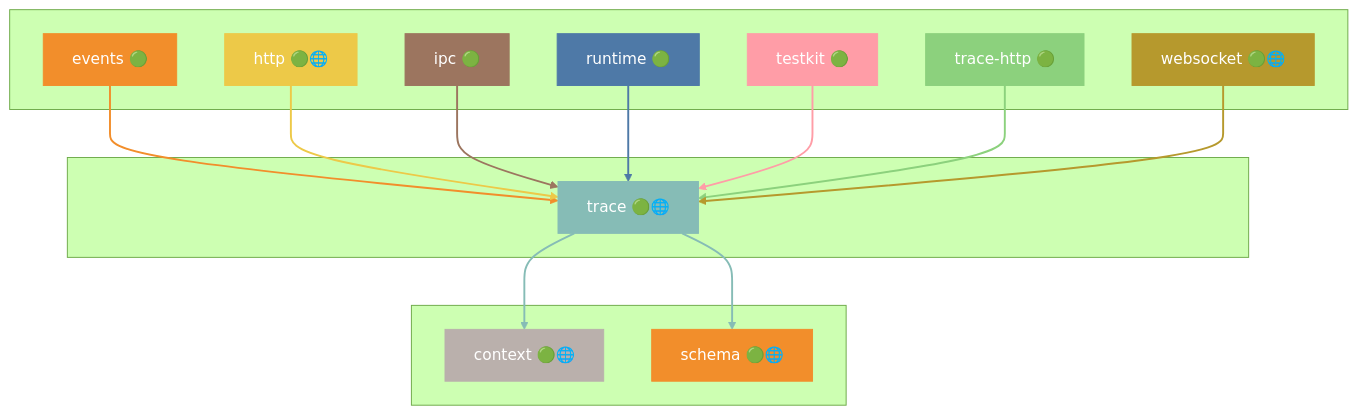
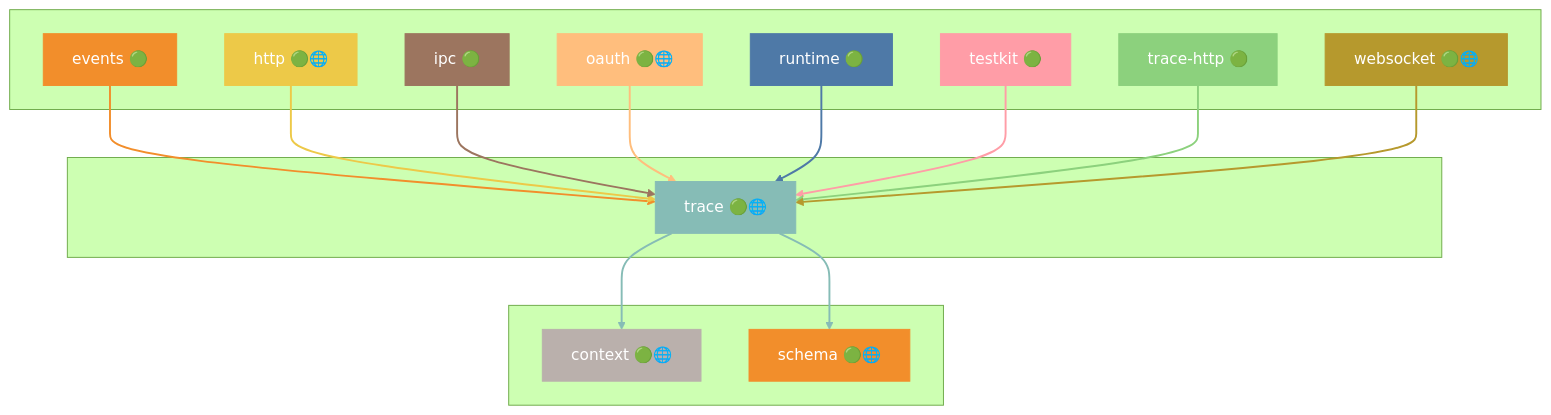
Diagram 48 of 50 in docs/DEPENDENCIES.md (grest-ts/grest-ts), drawn with Mermaid (forest theme) before and after one commit. The commit also changed other lines of this file and 5 other files, not shown here.

````diff
--- a/docs/DEPENDENCIES.md
+++ b/docs/DEPENDENCIES.md
@@ -2437,47 +2453,51 @@
 ```mermaid
 flowchart TB
     subgraph Dependents[" "]
         events["events 🟢"]
         http["http 🟢🌐"]
         ipc["ipc 🟢"]
+        oauth["oauth 🟢🌐"]
         runtime["runtime 🟢"]
         testkit["testkit 🟢"]
         trace-http["trace-http 🟢"]
         websocket["websocket 🟢🌐"]
     end
     subgraph Package[" "]
         trace["trace 🟢🌐"]
     end
     subgraph Dependencies[" "]
         context["context 🟢🌐"]
         schema["schema 🟢🌐"]
     end
     events --> trace
     http --> trace
     ipc --> trace
+    oauth --> trace
     runtime --> trace
     testkit --> trace
     trace-http --> trace
     websocket --> trace
     trace --> context
     trace --> schema
     style trace fill:#86BCB6,stroke:#86BCB6,color:#fff
     style events fill:#F28E2B,stroke:#F28E2B,color:#fff
     style http fill:#EDC948,stroke:#EDC948,color:#fff
     style ipc fill:#9C755F,stroke:#9C755F,color:#fff
+    style oauth fill:#FFBE7D,stroke:#FFBE7D,color:#fff
     style runtime fill:#4E79A7,stroke:#4E79A7,color:#fff
     style testkit fill:#FF9DA7,stroke:#FF9DA7,color:#fff
     style trace-http fill:#8CD17D,stroke:#8CD17D,color:#fff
     style websocket fill:#B6992D,stroke:#B6992D,color:#fff
     style context fill:#BAB0AC,stroke:#BAB0AC,color:#fff
     style schema fill:#F28E2B,stroke:#F28E2B,color:#fff
     linkStyle 0 stroke:#F28E2B,stroke-width:2px
     linkStyle 1 stroke:#EDC948,stroke-width:2px
     linkStyle 2 stroke:#9C755F,stroke-width:2px
-    linkStyle 3 stroke:#4E79A7,stroke-width:2px
-    linkStyle 4 stroke:#FF9DA7,stroke-width:2px
-    linkStyle 5 stroke:#8CD17D,stroke-width:2px
-    linkStyle 6 stroke:#B6992D,stroke-width:2px
-    linkStyle 7 stroke:#86BCB6,stroke-width:2px
+    linkStyle 3 stroke:#FFBE7D,stroke-width:2px
+    linkStyle 4 stroke:#4E79A7,stroke-width:2px
+    linkStyle 5 stroke:#FF9DA7,stroke-width:2px
+    linkStyle 6 stroke:#8CD17D,stroke-width:2px
+    linkStyle 7 stroke:#B6992D,stroke-width:2px
     linkStyle 8 stroke:#86BCB6,stroke-width:2px
+    linkStyle 9 stroke:#86BCB6,stroke-width:2px
 ```
````
